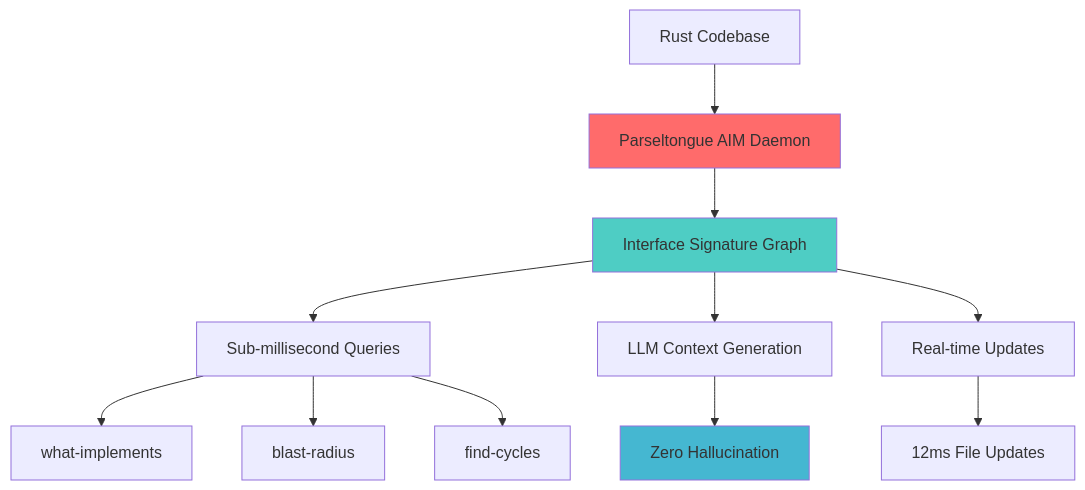
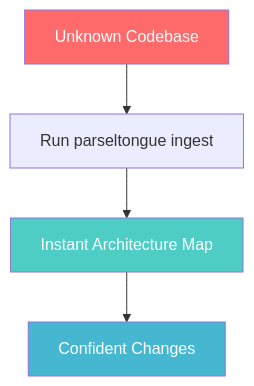
One commit to that-in-rust/parseltongue changed the first of 4 diagrams in README.md. Above: the diagram before and after it, drawn with Mermaid. The commit also changed other lines of this file, not shown here.

````diff
--- a/README.md
+++ b/README.md
@@ -9,19 +16,10 @@
 ```mermaid
-graph TB
-    A[Rust Codebase] --> B[Parseltongue AIM Daemon]
-    B --> C[Interface Signature Graph]
-    C --> D[Sub-millisecond Queries]
-    C --> E[LLM Context Generation]
-    C --> F[Real-time Updates]
+graph TD
+    A[Unknown Codebase] --> B[Run parseltongue ingest]
+    B --> C[Instant Architecture Map]
+    C --> D[Confident Changes]
     
-    D --> G[what-implements]
-    D --> H[blast-radius]
-    D --> I[find-cycles]
-    
-    E --> J[Zero Hallucination]
-    F --> K[12ms File Updates]
-    
-    style B fill:#ff6b6b
-    style C fill:#4ecdc4
-    style J fill:#45b7d1
+    style A fill:#ff6b6b,color:#fff
+    style C fill:#4ecdc4,color:#fff
+    style D fill:#45b7d1,color:#fff
 ```
````
